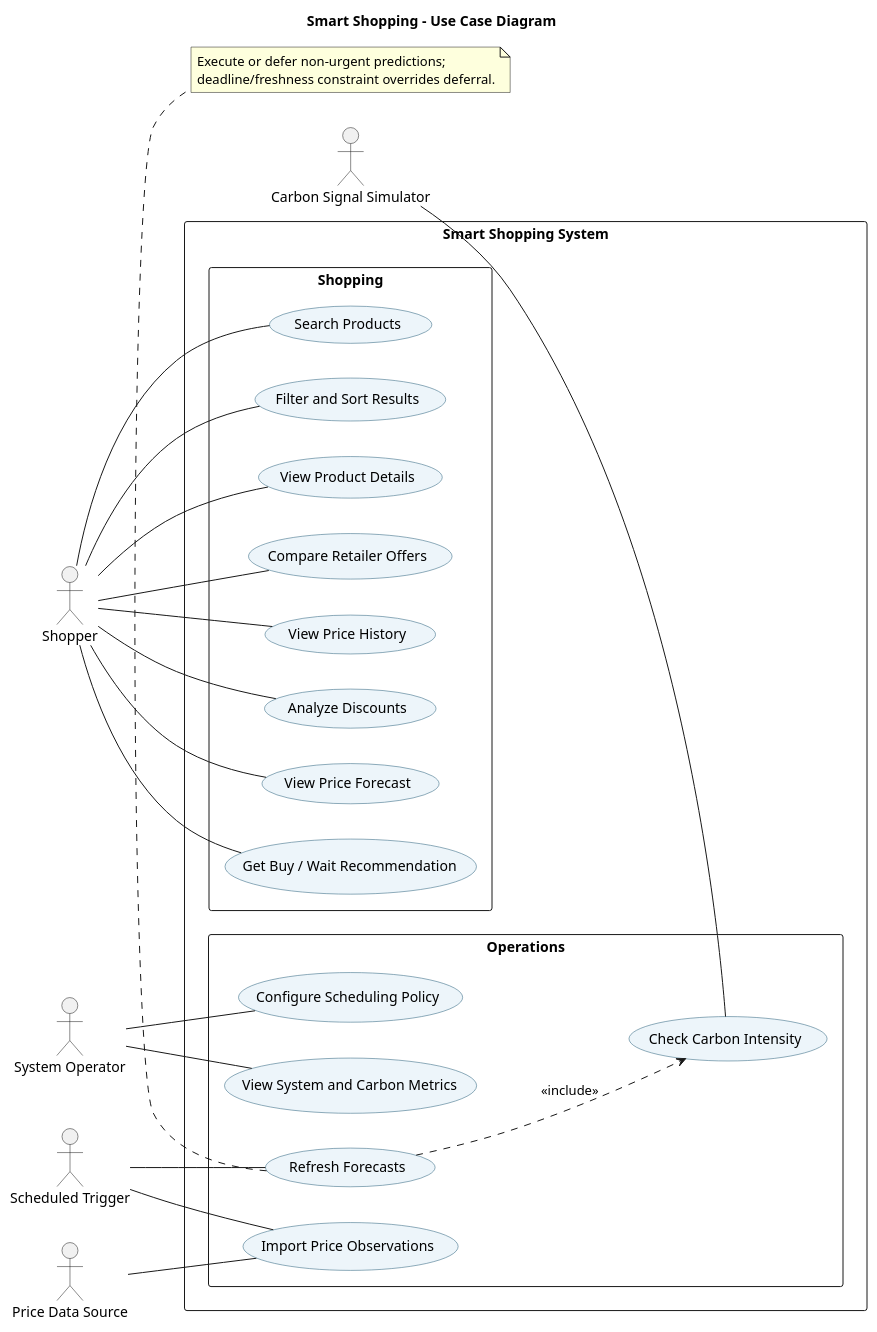
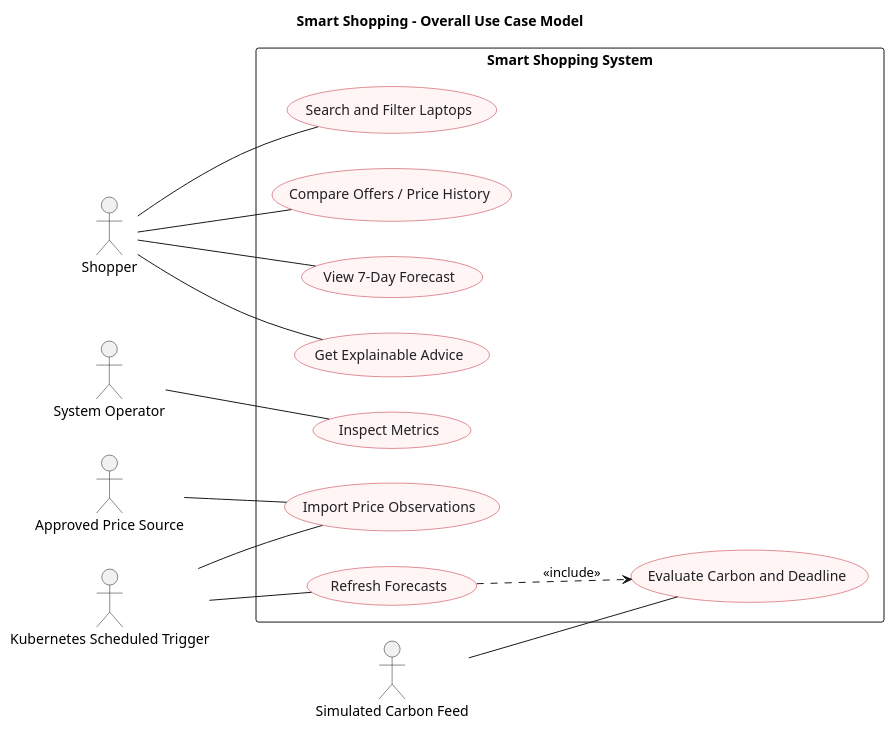
The diagram in docs/diagrams/use-case.puml (anchelesr/AACC-Smart-Shopping), drawn with PlantUML before and after one commit. The commit also changed 24 other files, not shown here.

```diff
--- a/docs/diagrams/use-case.puml
+++ b/docs/diagrams/use-case.puml
@@ -1,54 +1,34 @@
 @startuml
-' Smart Shopping - external actors, user goals, supporting automated use cases
 left to right direction
 skinparam shadowing false
-skinparam packageStyle rectangle
-skinparam usecase {
-  BackgroundColor #EDF5FA
-  BorderColor #225A76
+skinparam backgroundColor white
+skinparam usecaseBackgroundColor #FFF5F5
+skinparam usecaseBorderColor #BE2432
+skinparam usecaseFontColor #202025
+title Smart Shopping - Overall Use Case Model
+actor Shopper
+actor "System Operator" as Operator
+actor "Kubernetes Scheduled Trigger" as Tick
+actor "Approved Price Source" as Source
+actor "Simulated Carbon Feed" as Carbon
+rectangle "Smart Shopping System" {
+  usecase "Search and Filter Laptops" as Search
+  usecase "Compare Offers / Price History" as Compare
+  usecase "View 7-Day Forecast" as Forecast
+  usecase "Get Explainable Advice" as Advice
+  usecase "Import Price Observations" as Import
+  usecase "Refresh Forecasts" as Refresh
+  usecase "Evaluate Carbon and Deadline" as Policy
+  usecase "Inspect Metrics" as Metrics
 }
-title Smart Shopping - Use Case Diagram
-actor "Shopper" as Shopper
-actor "System Operator" as Operator
-actor "Scheduled Trigger" as Trigger
-actor "Price Data Source" as PriceSource
-actor "Carbon Signal Simulator" as CarbonSource
-rectangle "Smart Shopping System" {
-  package "Shopping" {
-    usecase "Search Products" as UC_Search
-    usecase "Filter and Sort Results" as UC_Filter
-    usecase "View Product Details" as UC_Detail
-    usecase "Compare Retailer Offers" as UC_Compare
-    usecase "View Price History" as UC_History
-    usecase "Analyze Discounts" as UC_Discount
-    usecase "View Price Forecast" as UC_Forecast
-    usecase "Get Buy / Wait Recommendation" as UC_Recommend
-  }
-  package "Operations" {
-    usecase "Import Price Observations" as UC_Import
-    usecase "Refresh Forecasts" as UC_Refresh
-    usecase "Check Carbon Intensity" as UC_Carbon
-    usecase "Configure Scheduling Policy" as UC_Policy
-    usecase "View System and Carbon Metrics" as UC_Monitor
-  }
-}
-Shopper -- UC_Search
-Shopper -- UC_Filter
-Shopper -- UC_Detail
-Shopper -- UC_Compare
-Shopper -- UC_History
-Shopper -- UC_Discount
-Shopper -- UC_Forecast
-Shopper -- UC_Recommend
-Operator -- UC_Policy
-Operator -- UC_Monitor
-Trigger -- UC_Import
-Trigger -- UC_Refresh
-PriceSource -- UC_Import
-CarbonSource -- UC_Carbon
-UC_Refresh ..> UC_Carbon : <<include>>
-note bottom of UC_Refresh
-  Execute or defer non-urgent predictions;
-  deadline/freshness constraint overrides deferral.
-end note
+Shopper -- Search
+Shopper -- Compare
+Shopper -- Forecast
+Shopper -- Advice
+Tick -- Import
+Tick -- Refresh
+Source -- Import
+Carbon -- Policy
+Operator -- Metrics
+Refresh ..> Policy : <<include>>
 @enduml
```
